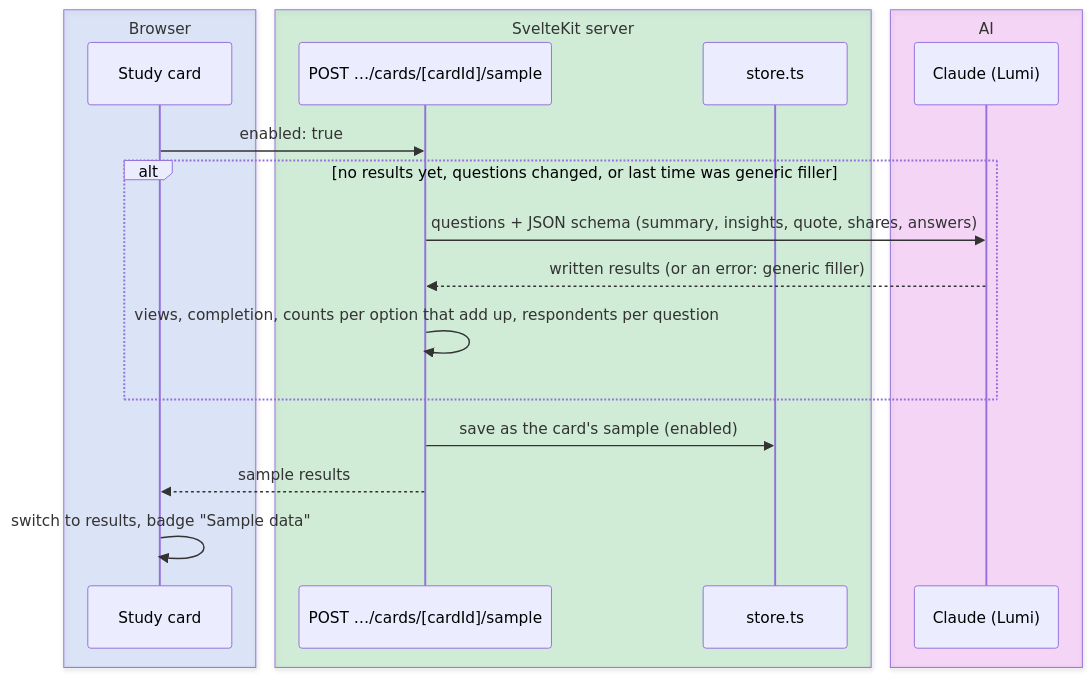
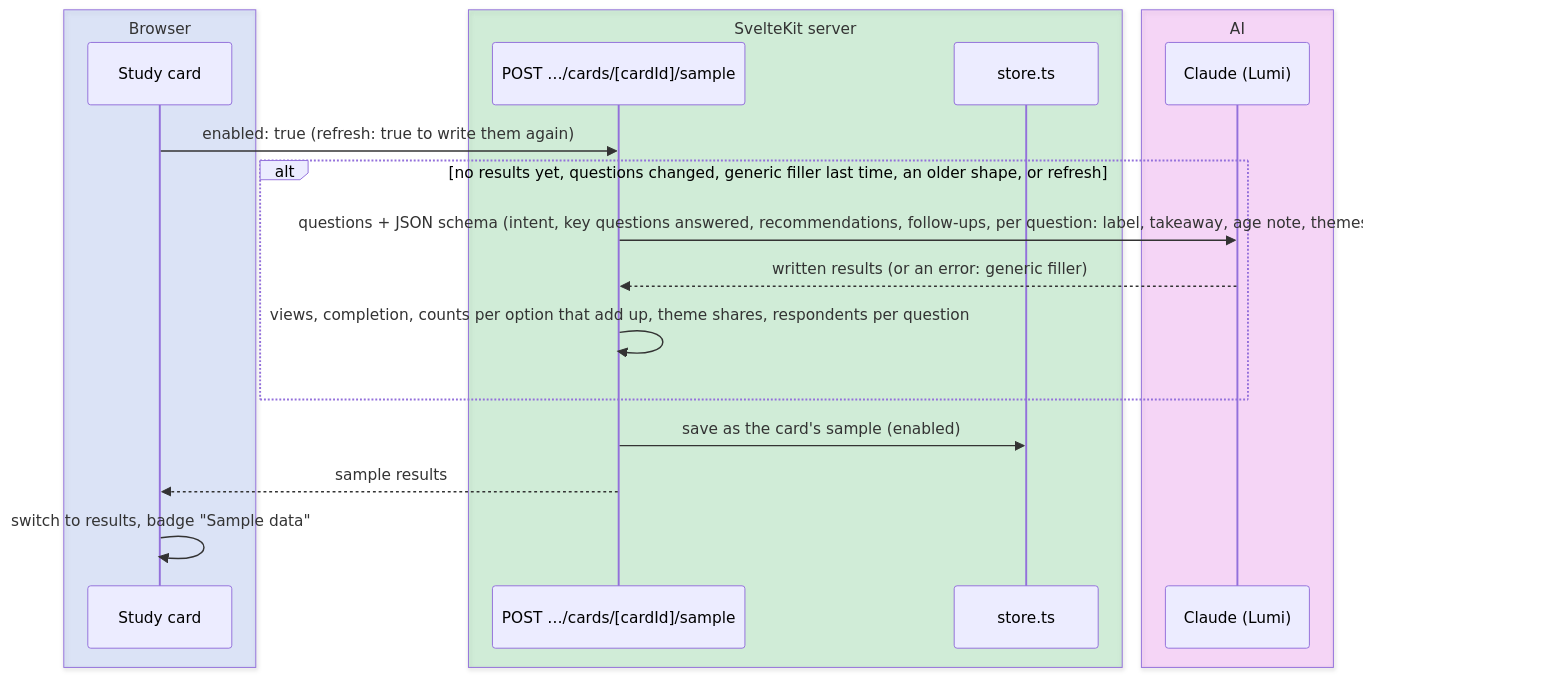
One commit to iamvaskiv/iris changed the seventh of 10 diagrams in docs/architecture.md. Above: the diagram before and after it, drawn with Mermaid. The commit also changed other lines of this file and 37 other files, not shown here.

````diff
--- a/docs/architecture.md
+++ b/docs/architecture.md
@@ -301,26 +301,26 @@
 ```mermaid
 ---
 config:
   look: classic
 ---
 sequenceDiagram
     box rgba(76,125,255,0.15) Browser
         participant SC as Study card
     end
     box rgba(0,189,50,0.15) SvelteKit server
         participant API as POST …/cards/[cardId]/sample
         participant S as store.ts
     end
     box rgba(244,36,255,0.15) AI
         participant Cl as Claude (Lumi)
     end
-    SC->>API: enabled: true
-    alt no results yet, questions changed, or last time was generic filler
-        API->>Cl: questions + JSON schema (summary, insights, quote, shares, answers)
+    SC->>API: enabled: true (refresh: true to write them again)
+    alt no results yet, questions changed, generic filler last time, an older shape, or refresh
+        API->>Cl: questions + JSON schema (intent, key questions answered, recommendations, follow-ups, per question: label, takeaway, age note, themes, stars, shares, answers)
         Cl-->>API: written results (or an error: generic filler)
-        API->>API: views, completion, counts per option that add up, respondents per question
+        API->>API: views, completion, counts per option that add up, theme shares, respondents per question
     end
     API->>S: save as the card's sample (enabled)
     API-->>SC: sample results
     SC->>SC: switch to results, badge "Sample data"
 ```
````
